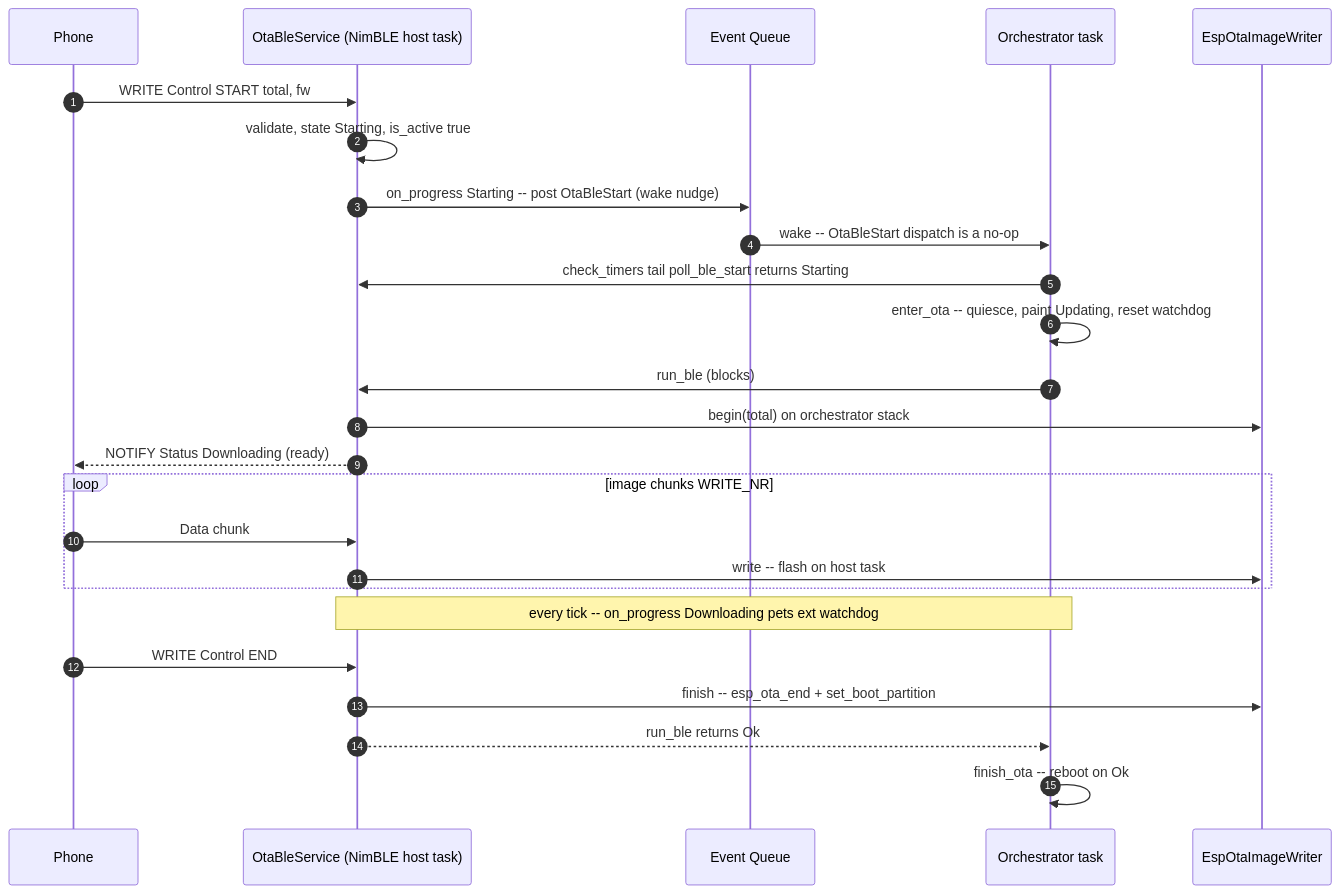
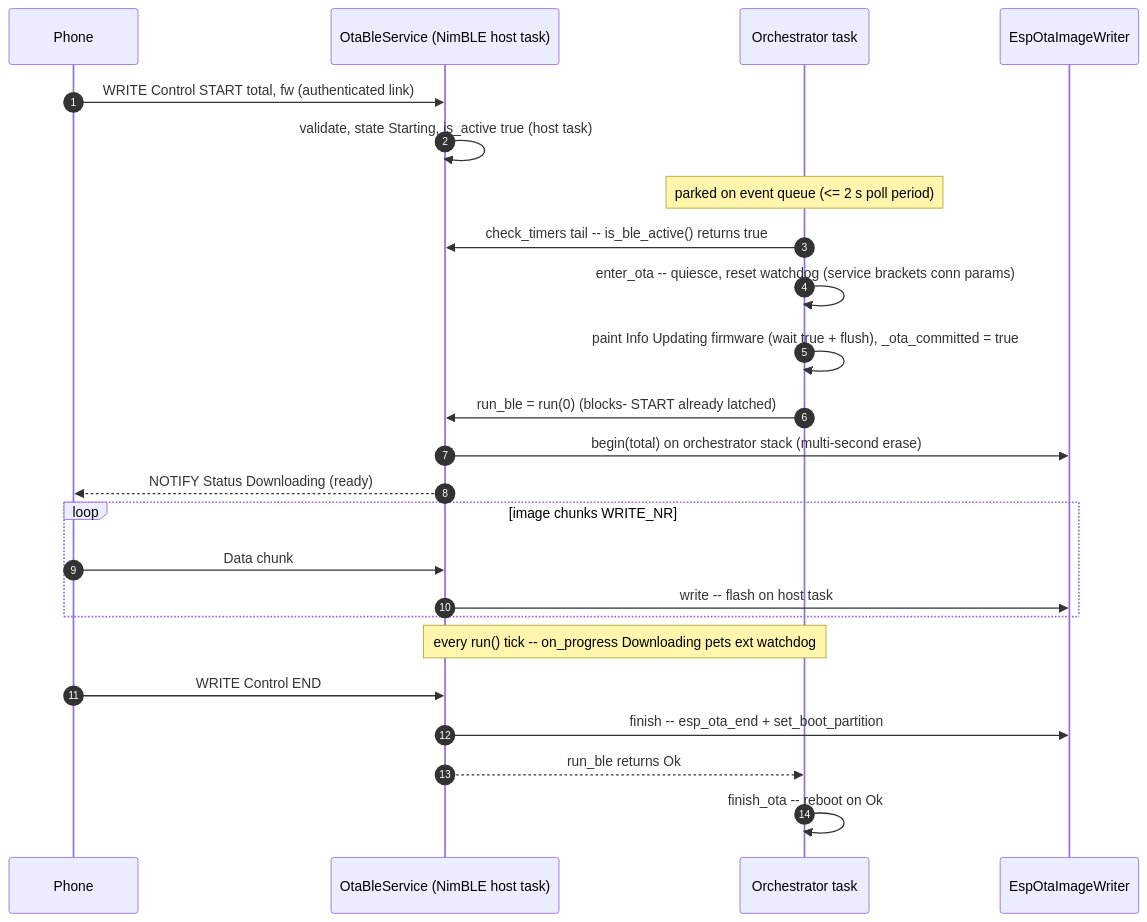
One commit to mattMRBH/firmware-core changed the first of 2 diagrams in products/go/specs/ota.md. Above: the diagram before and after it, drawn with Mermaid. The commit also changed other lines of this file and 8 other files, not shown here.

First line of the commit message:
docs(ota): document OTA service and integration

````diff
--- a/products/go/specs/ota.md
+++ b/products/go/specs/ota.md
@@ -274,28 +344,27 @@
 ```mermaid
 sequenceDiagram
     autonumber
     participant Ph as Phone
     participant CB as OtaBleService (NimBLE host task)
-    participant Q as Event Queue
     participant Orch as Orchestrator task
     participant W as EspOtaImageWriter
 
-    Ph->>CB: WRITE Control START total, fw
-    CB->>CB: validate, state Starting, is_active true
-    CB->>Q: on_progress Starting -- post OtaBleStart (wake nudge)
-    Q->>Orch: wake -- OtaBleStart dispatch is a no-op
-    Orch->>CB: check_timers tail poll_ble_start returns Starting
-    Orch->>Orch: enter_ota -- quiesce, paint Updating, reset watchdog
-    Orch->>CB: run_ble (blocks)
-    CB->>W: begin(total) on orchestrator stack
+    Ph->>CB: WRITE Control START total, fw (authenticated link)
+    CB->>CB: validate, state Starting, is_active true (host task)
+    Note over Orch: parked on event queue (<= 2 s poll period)
+    Orch->>CB: check_timers tail -- is_ble_active() returns true
+    Orch->>Orch: enter_ota -- quiesce, reset watchdog (service brackets conn params)
+    Orch->>Orch: paint Info Updating firmware (wait true + flush), _ota_committed = true
+    Orch->>CB: run_ble = run(0) (blocks- START already latched)
+    CB->>W: begin(total) on orchestrator stack (multi-second erase)
     CB-->>Ph: NOTIFY Status Downloading (ready)
     loop image chunks WRITE_NR
         Ph->>CB: Data chunk
         CB->>W: write -- flash on host task
     end
-    Note over CB,Orch: every tick -- on_progress Downloading pets ext watchdog
+    Note over CB,Orch: every run() tick -- on_progress Downloading pets ext watchdog
     Ph->>CB: WRITE Control END
     CB->>W: finish -- esp_ota_end + set_boot_partition
     CB-->>Orch: run_ble returns Ok
     Orch->>Orch: finish_ota -- reboot on Ok
 ```
````
